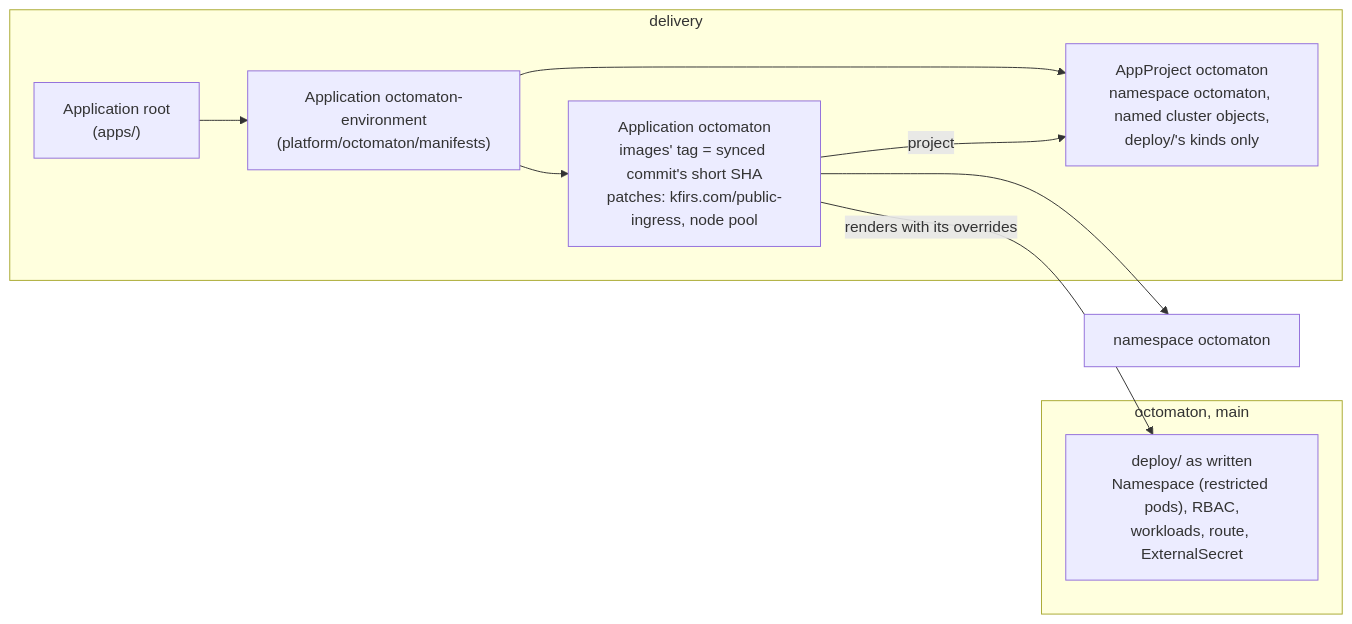
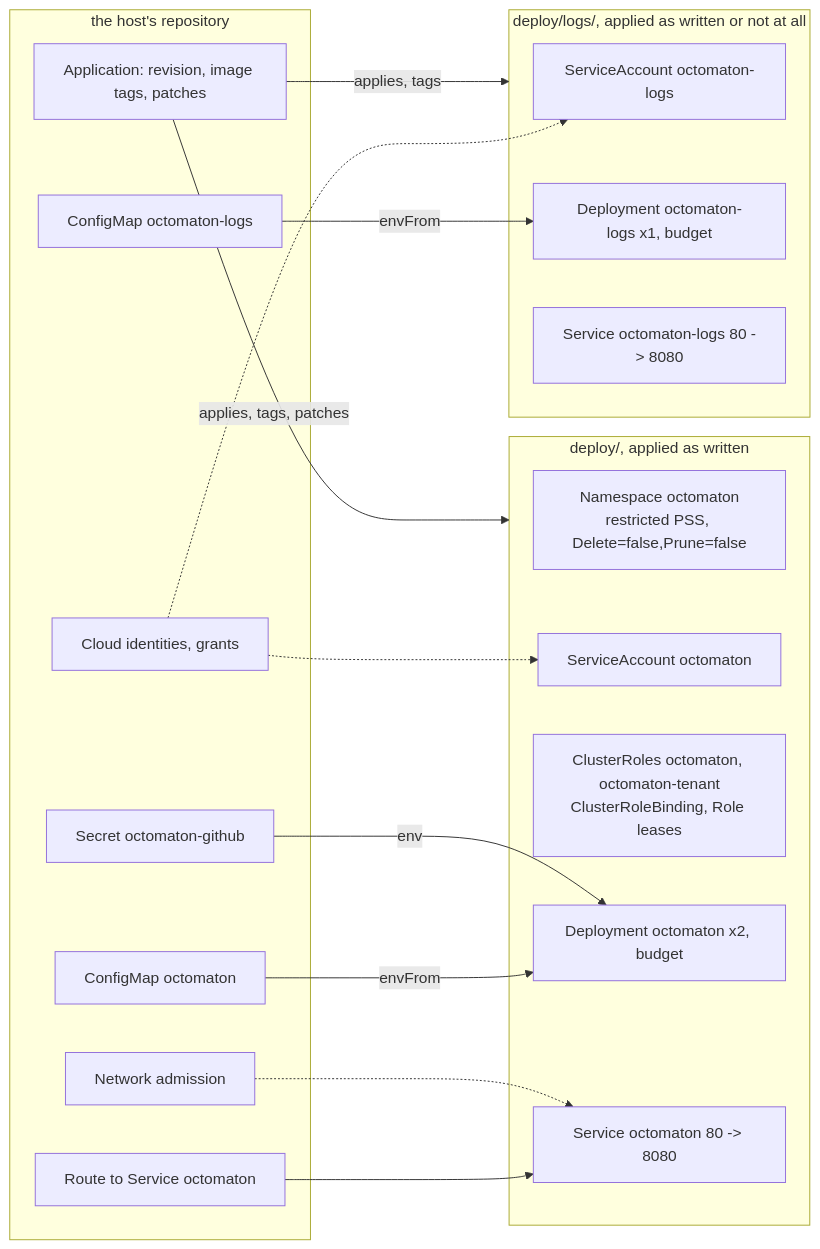
One commit to arikkfir-org/octomaton changed the diagram in docs/octomaton/designs/deployment.md. Above: the diagram before and after it, drawn with Mermaid. The commit also changed other lines of this file and 25 other files, not shown here.

First line of the commit message:
feat(deploy): keep only what every installation applies

````diff
--- a/docs/octomaton/designs/deployment.md
+++ b/docs/octomaton/designs/deployment.md
@@ -44,14 +27,33 @@
 ```mermaid
 flowchart LR
-  subgraph delivery["delivery"]
-    Root["Application root<br/>(apps/)"] --> Env["Application octomaton-environment<br/>(platform/octomaton/manifests)"]
-    Env --> Project["AppProject octomaton<br/>namespace octomaton, named cluster objects,<br/>deploy/'s kinds only"]
-    Env --> App["Application octomaton<br/>images' tag = synced commit's short SHA<br/>patches: kfirs.com/public-ingress, node pool"]
+  subgraph O["deploy/, applied as written"]
+    NS["Namespace octomaton<br/>restricted PSS, Delete=false,Prune=false"]
+    SA["ServiceAccount octomaton"]
+    RBAC["ClusterRoles octomaton, octomaton-tenant<br/>ClusterRoleBinding, Role leases"]
+    D1["Deployment octomaton x2, budget"]
+    SVC["Service octomaton 80 -> 8080"]
   end
-  subgraph octomaton["octomaton, main"]
-    Deploy["deploy/ as written<br/>Namespace (restricted pods), RBAC,<br/>workloads, route, ExternalSecret"]
+  subgraph L["deploy/logs/, applied as written or not at all"]
+    SA2["ServiceAccount octomaton-logs"]
+    D2["Deployment octomaton-logs x1, budget"]
+    SVC2["Service octomaton-logs 80 -> 8080"]
   end
-  App -- "project" --> Project
-  App -- "renders with its overrides" --> Deploy
-  App --> NS["namespace octomaton"]
+  subgraph H["the host's repository"]
+    APP["Application: revision, image tags, patches"]
+    CM1["ConfigMap octomaton"]
+    CM2["ConfigMap octomaton-logs"]
+    SEC["Secret octomaton-github"]
+    RT["Route to Service octomaton"]
+    NP["Network admission"]
+    IAM["Cloud identities, grants"]
+  end
+  APP -->|"applies, tags, patches"| O
+  APP -->|"applies, tags"| L
+  CM1 -->|envFrom| D1
+  SEC -->|env| D1
+  CM2 -->|envFrom| D2
+  RT --> SVC
+  NP -.-> SVC
+  IAM -.-> SA
+  IAM -.-> SA2
 ```
````
